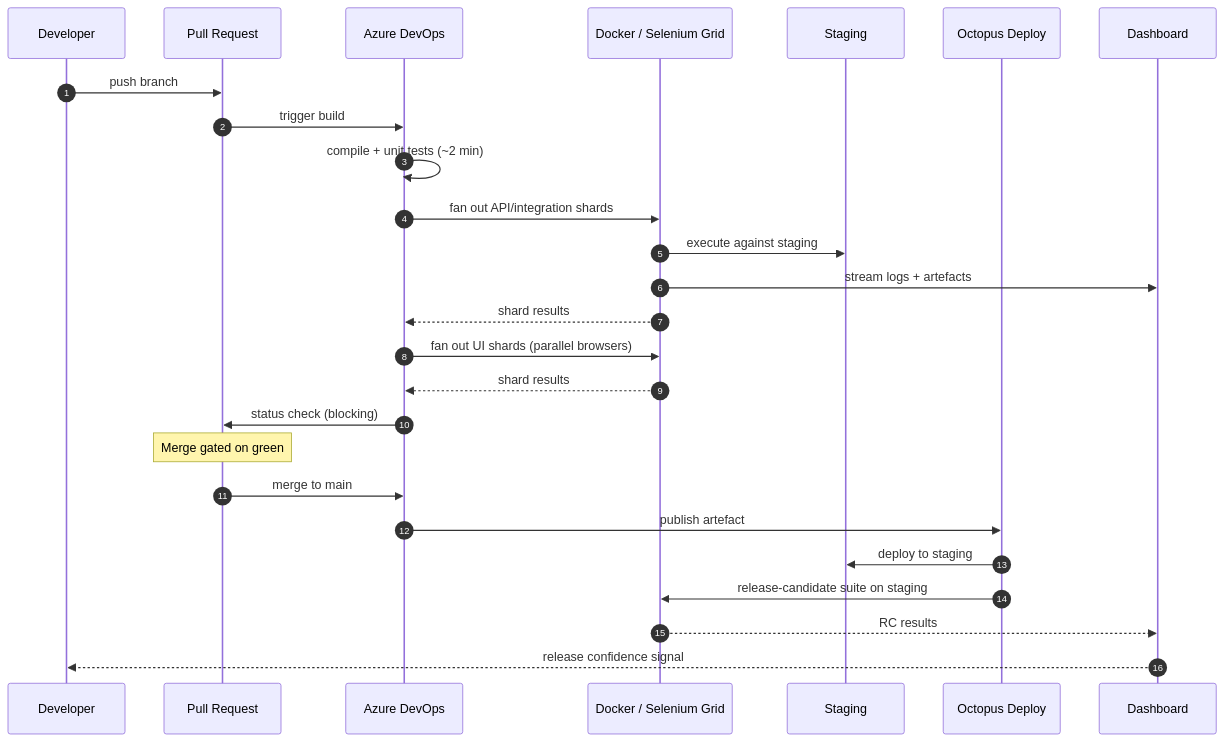
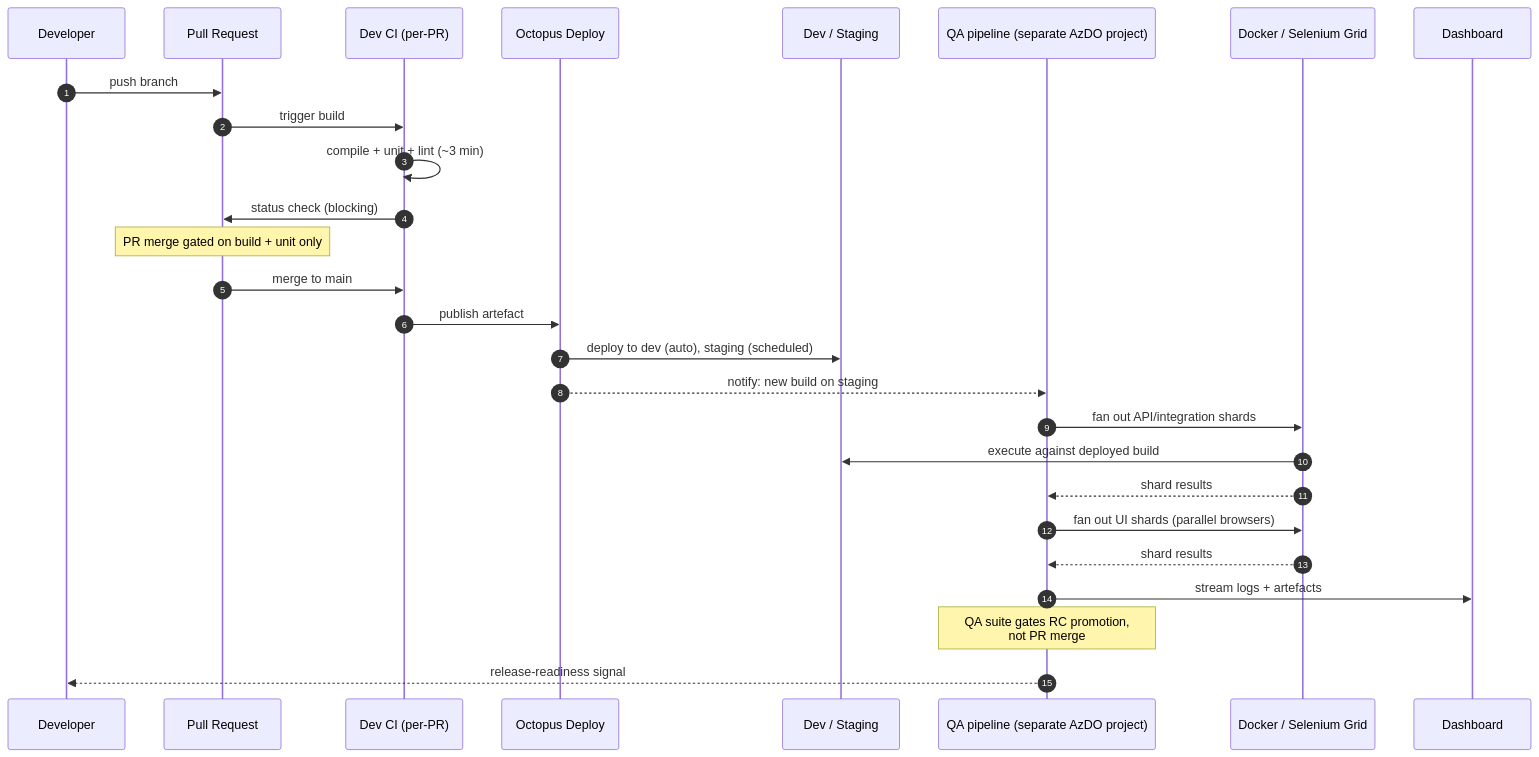
Before and after one commit to ilidio-vatuva/qa-platform-zero-to-one: the first of 2 diagrams in architecture/test-execution-flow.md, drawn with Mermaid. The commit also changed other lines of this file and 16 other files, not shown here.

First line of the commit message:
docs: clarify two-pipeline reality (dev CI/CD vs QA pipeline) across all docs

````diff
--- a/architecture/test-execution-flow.md
+++ b/architecture/test-execution-flow.md
@@ -9,29 +11,30 @@
 ```mermaid
 sequenceDiagram
     autonumber
     participant Dev as Developer
     participant PR as Pull Request
-    participant CI as Azure DevOps
+    participant DevCI as Dev CI (per-PR)
+    participant Octo as Octopus Deploy
+    participant Env as Dev / Staging
+    participant QaCI as QA pipeline (separate AzDO project)
     participant Grid as Docker / Selenium Grid
-    participant Env as Staging
-    participant Octo as Octopus Deploy
     participant Dash as Dashboard
 
     Dev->>PR: push branch
-    PR->>CI: trigger build
-    CI->>CI: compile + unit tests (~2 min)
-    CI->>Grid: fan out API/integration shards
-    Grid->>Env: execute against staging
-    Grid->>Dash: stream logs + artefacts
-    Grid-->>CI: shard results
-    CI->>Grid: fan out UI shards (parallel browsers)
-    Grid-->>CI: shard results
-    CI->>PR: status check (blocking)
-    Note over PR: Merge gated on green
-    PR->>CI: merge to main
-    CI->>Octo: publish artefact
-    Octo->>Env: deploy to staging
-    Octo->>Grid: release-candidate suite on staging
-    Grid-->>Dash: RC results
-    Dash-->>Dev: release confidence signal
+    PR->>DevCI: trigger build
+    DevCI->>DevCI: compile + unit + lint (~3 min)
+    DevCI->>PR: status check (blocking)
+    Note over PR: PR merge gated on build + unit only
+    PR->>DevCI: merge to main
+    DevCI->>Octo: publish artefact
+    Octo->>Env: deploy to dev (auto), staging (scheduled)
+    Octo-->>QaCI: notify: new build on staging
+    QaCI->>Grid: fan out API/integration shards
+    Grid->>Env: execute against deployed build
+    Grid-->>QaCI: shard results
+    QaCI->>Grid: fan out UI shards (parallel browsers)
+    Grid-->>QaCI: shard results
+    QaCI->>Dash: stream logs + artefacts
+    Note over QaCI: QA suite gates RC promotion,<br/>not PR merge
+    QaCI-->>Dev: release-readiness signal
 ```
````
